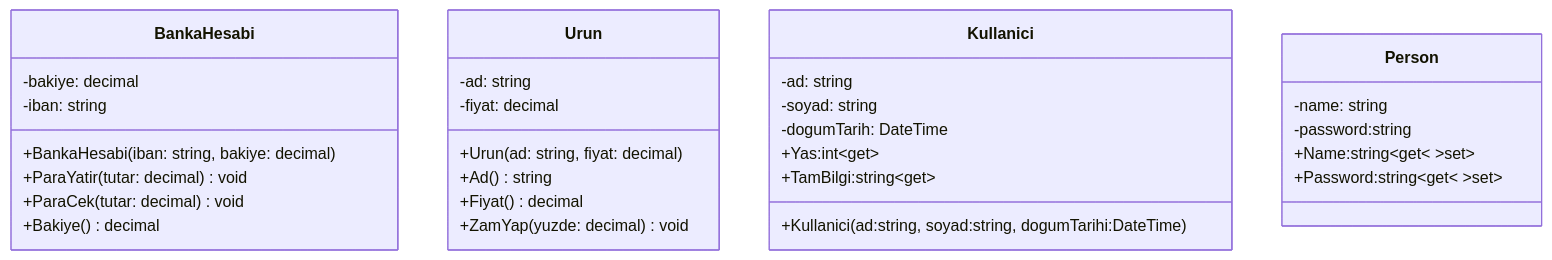
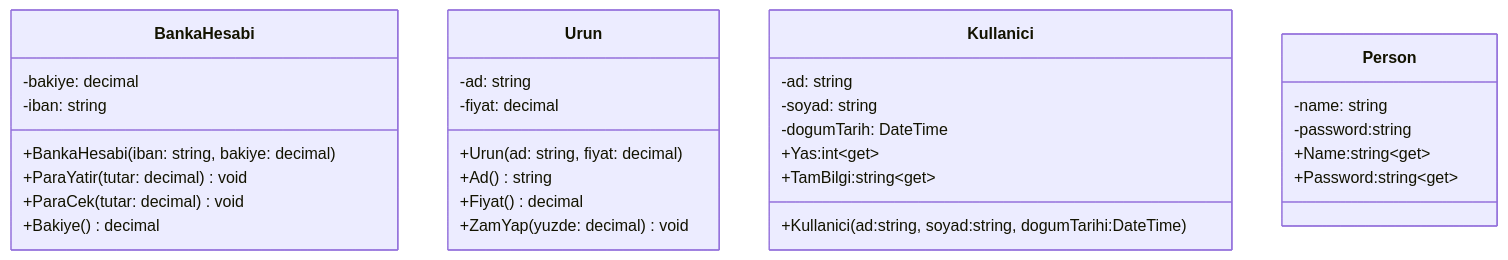
Before and after one commit to ibrahimayaz/Nesne-Yonelimli-Programlama-2025: the diagram in Hafta03/README.md, drawn with Mermaid.

Commit message:
Hafta03 Güncellendi

````diff
--- a/Hafta03/README.md
+++ b/Hafta03/README.md
@@ -10,38 +10,38 @@
 ```mermaid
 classDiagram
     class BankaHesabi {
       -bakiye: decimal
       -iban: string
       +BankaHesabi(iban: string, bakiye: decimal)
       +ParaYatir(tutar: decimal) void
       +ParaCek(tutar: decimal) void
       +Bakiye() decimal
     }
 
     class Urun {
       -ad: string
       -fiyat: decimal
       +Urun(ad: string, fiyat: decimal)
       +Ad() string
       +Fiyat() decimal
       +ZamYap(yuzde: decimal) void
     }
 
     class Kullanici {
       -ad: string
       -soyad: string
       -dogumTarih: DateTime
       +Yas:int~get~
       +TamBilgi:string~get~
       +Kullanici(ad:string, soyad:string, dogumTarihi:DateTime)
     }
  
 
     class Person {
       -name: string
       -password:string
-      +Name:string~get~ ~set~
-      +Password:string~get~ ~set~
+      +Name:string~get~ <set~
+      +Password:string~get~ <set~
     }
     
 ```
````
